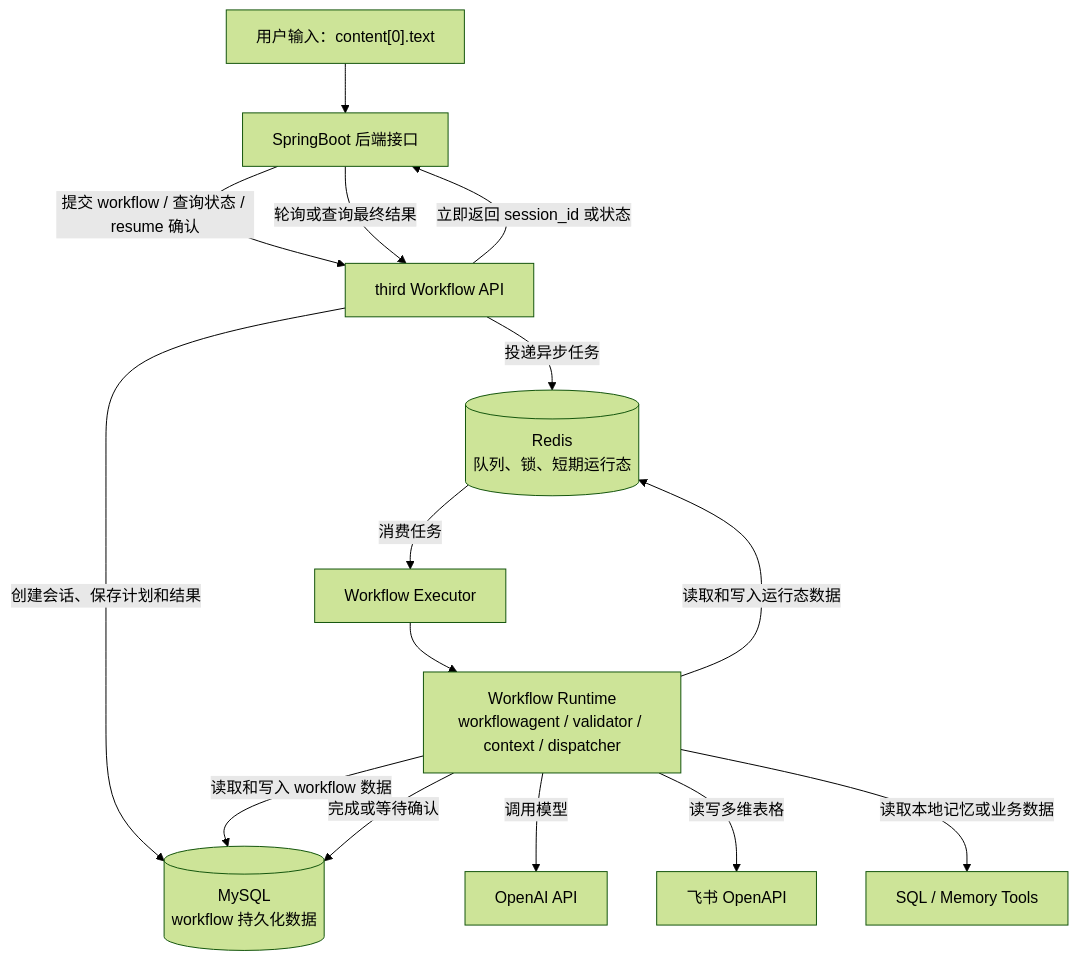
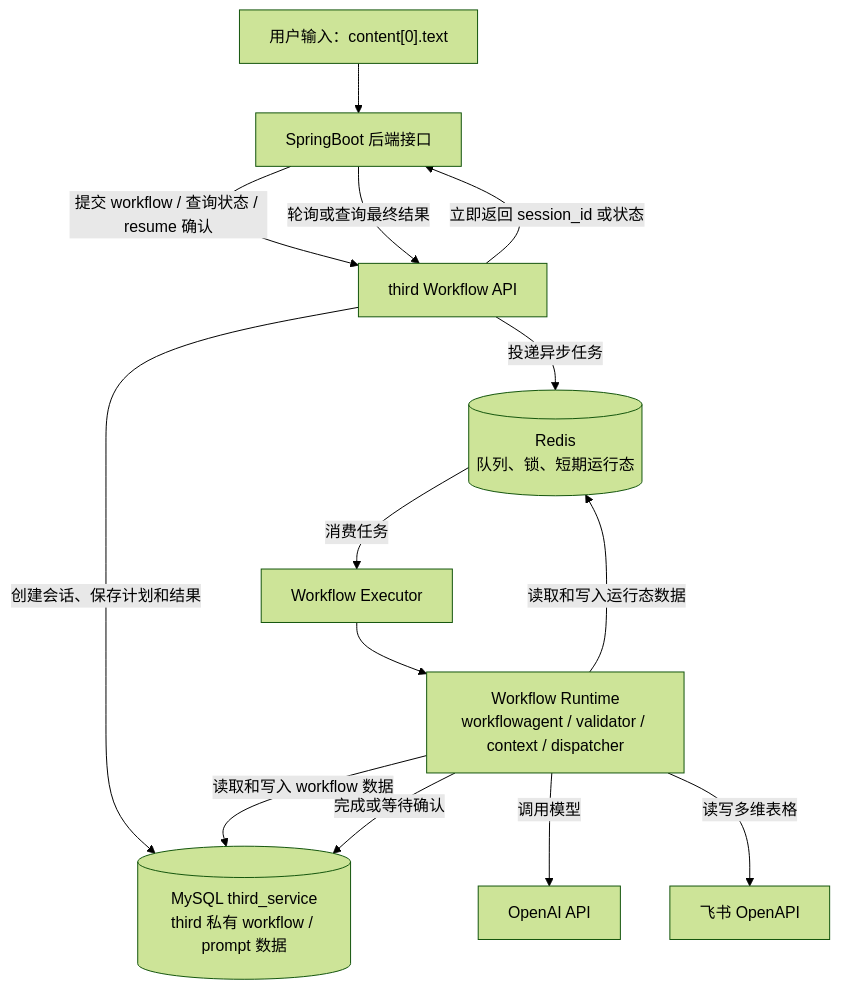
The diagram in third/docs/总架构图.md (246706510miao-svg/for-mygirl), drawn with Mermaid (forest theme) before and after one commit. The commit also changed other lines of this file and 28 other files, not shown here.

````diff
--- a/third/docs/总架构图.md
+++ b/third/docs/总架构图.md
@@ -5,22 +5,21 @@
 ```mermaid
 flowchart TD
     U["用户输入：content[0].text"] --> BE["SpringBoot 后端接口"]
 
     BE -->|"提交 workflow / 查询状态 / resume 确认"| API["third Workflow API"]
     API -->|"立即返回 session_id 或状态"| BE
 
-    API -->|"创建会话、保存计划和结果"| MY[("MySQL<br/>workflow 持久化数据")]
+    API -->|"创建会话、保存计划和结果"| MY[("MySQL third_service<br/>third 私有 workflow / prompt 数据")]
     API -->|"投递异步任务"| RD[("Redis<br/>队列、锁、短期运行态")]
 
     RD -->|"消费任务"| EX["Workflow Executor"]
     EX --> CORE["Workflow Runtime<br/>workflowagent / validator / context / dispatcher"]
 
     CORE -->|"读取和写入 workflow 数据"| MY
     CORE -->|"读取和写入运行态数据"| RD
     CORE -->|"调用模型"| OAI["OpenAI API"]
     CORE -->|"读写多维表格"| FS["飞书 OpenAPI"]
-    CORE -->|"读取本地记忆或业务数据"| SQL["SQL / Memory Tools"]
 
     CORE -->|"完成或等待确认"| MY
     BE -->|"轮询或查询最终结果"| API
 ```
````
